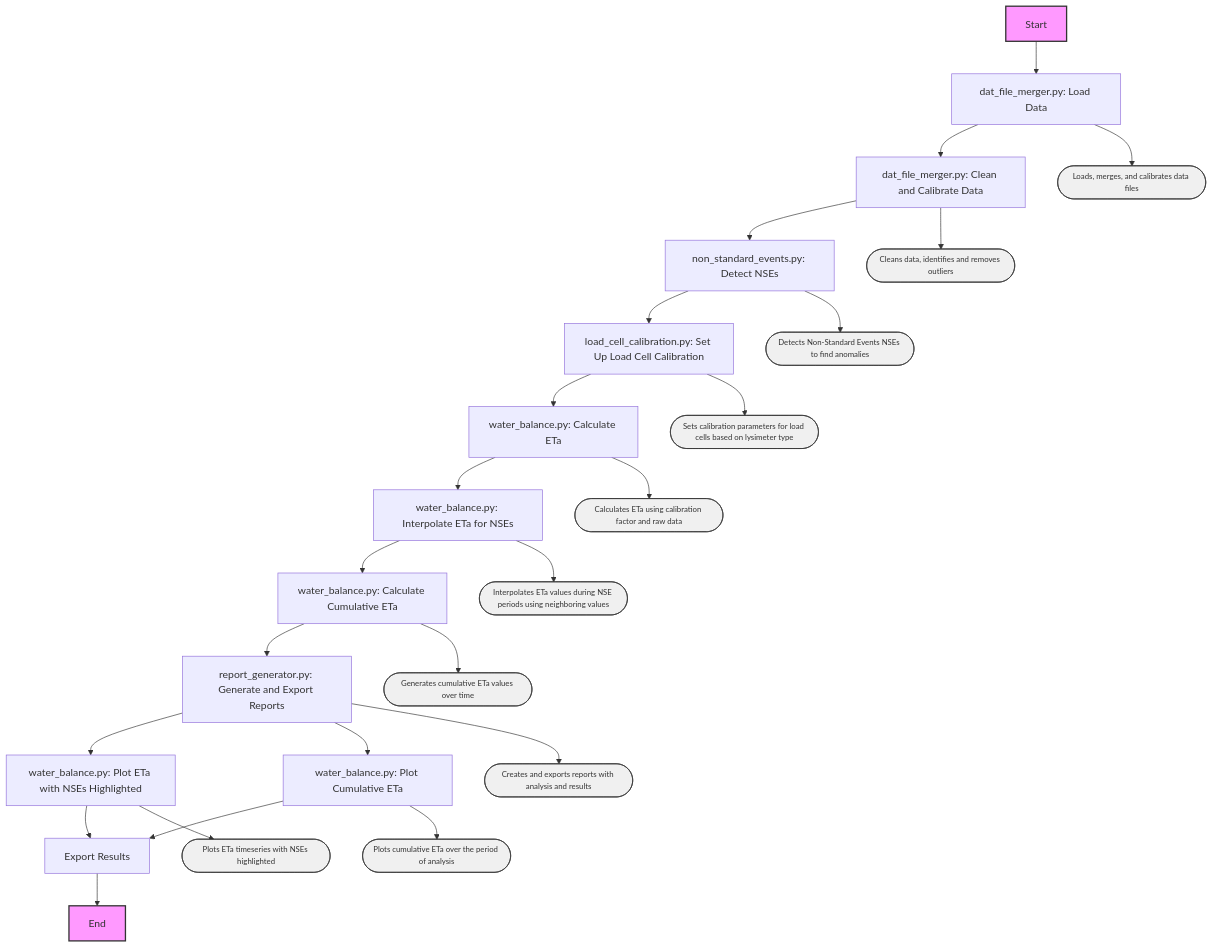
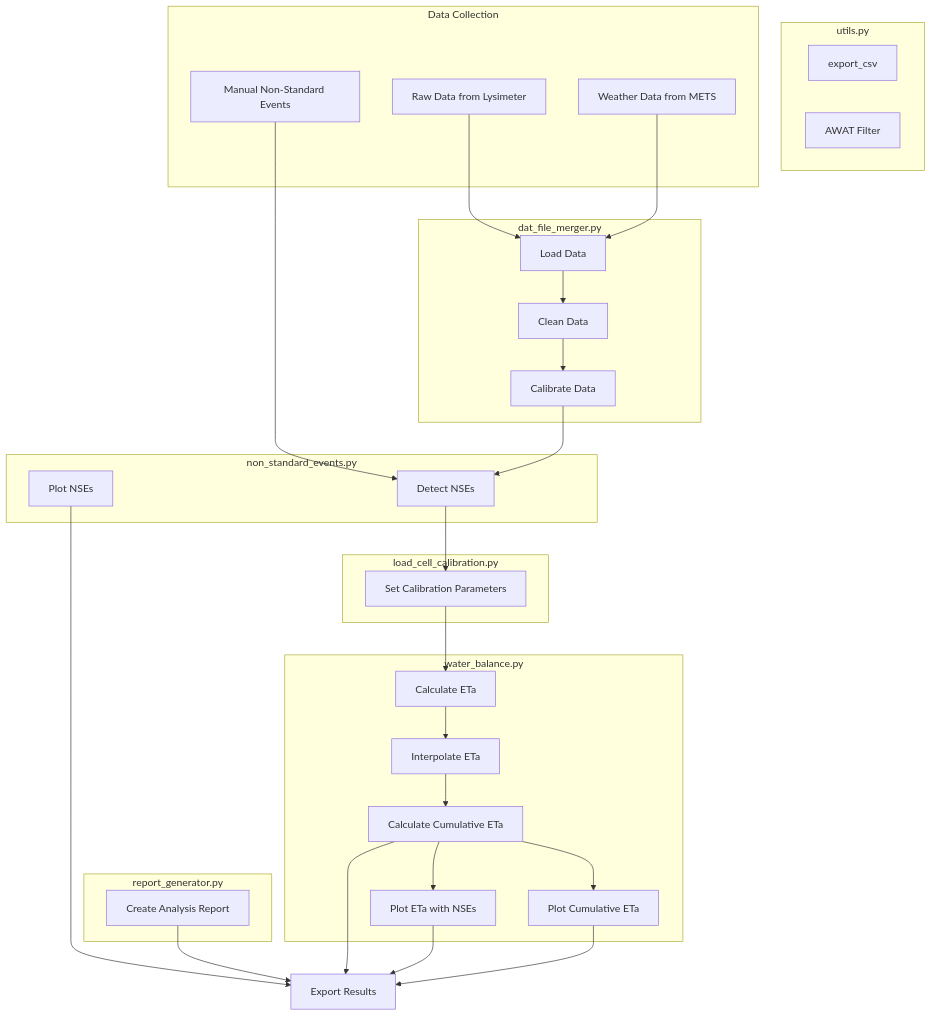
Before and after one commit to ansleybrown1337/lysimeter-analysis: the diagram in README.md, drawn with Mermaid.

Commit message:
updated flow chart

````diff
--- a/README.md
+++ b/README.md
@@ -18,35 +18,63 @@
 ```mermaid
 graph TD
-    %% Main Workflow
-    A[Start] --> B[dat_file_merger.py: Load Data]
-    B --> C[dat_file_merger.py: Clean and Calibrate Data]
-    C --> D[non_standard_events.py: Detect NSEs]
-    D --> E[load_cell_calibration.py: Set Up Load Cell Calibration]
-    E --> F[water_balance.py: Calculate ETa]
-    F --> G[water_balance.py: Interpolate ETa for NSEs]
-    G --> H[water_balance.py: Calculate Cumulative ETa]
-    H --> I[report_generator.py: Generate and Export Reports]
-    I --> J[water_balance.py: Plot ETa with NSEs Highlighted]
-    I --> K[water_balance.py: Plot Cumulative ETa]
-    K --> L[Export Results]
-    J --> L
-    L --> M[End]
+    %% Define subgraph for data collection
+    subgraph 1[Data Collection]
+    lysimeter[Raw Data from Lysimeter]
+    weather[Weather Data from METS]
+    nse[Manual Non-Standard Events]
+    end
 
-    %% Additional Information Integrated
-    B --> B1([Loads, merges, and calibrates data files]):::info
-    C --> C1([Cleans data, identifies and removes outliers]):::info
-    D --> D1([Detects Non-Standard Events NSEs to find anomalies]):::info
-    E --> E1([Sets calibration parameters for load cells based on lysimeter type]):::info
-    F --> F1([Calculates ETa using calibration factor and raw data]):::info
-    G --> G1([Interpolates ETa values during NSE periods using neighboring values]):::info
-    H --> H1([Generates cumulative ETa values over time]):::info
-    I --> I1([Creates and exports reports with analysis and results]):::info
-    J --> J1([Plots ETa timeseries with NSEs highlighted]):::info
-    K --> K1([Plots cumulative ETa over the period of analysis]):::info
+    %% Define subgraph for utils.py
+    subgraph 2[utils.py]
+    2A[export_csv]
+    2B[AWAT Filter]
+    end
 
-    %% Styles
-    classDef info fill:#f0f0f0,stroke:#333,stroke-width:1px,font-size:12px;
-    style A fill:#f9f,stroke:#333,stroke-width:2px;
-    style M fill:#f9f,stroke:#333,stroke-width:2px;
+    %% Define subgraph for dat_file_merger.py
+    subgraph A[dat_file_merger.py]
+    A1[Load Data]
+    A2[Clean Data]
+    A3[Calibrate Data]
+    end
+
+    %% Define subgraph for non_standard_events.py
+    subgraph B[non_standard_events.py]
+    B1[Detect NSEs]
+    B2[Plot NSEs]
+    end
+
+    %% Define subgraph for load_cell_calibration.py
+    subgraph C[load_cell_calibration.py]
+    C1[Set Calibration Parameters]
+    end
+
+    %% Define subgraph for water_balance.py
+    subgraph D[water_balance.py]
+    D1[Calculate ETa]
+    D2[Interpolate ETa]
+    D3[Calculate Cumulative ETa]
+    D4[Plot ETa with NSEs]
+    D5[Plot Cumulative ETa]
+    end
+
+    %% Define subgraph for report_generator.py
+    subgraph E[report_generator.py]
+    E1[Create Analysis Report]
+    end
+
+    %% Define the flow between the functions
+    lysimeter --> A1
+    weather --> A1
+    nse --> B1
+    A1 --> A2 --> A3 --> B1 --> C1 --> D1 --> D2 --> D3
+    D3 --> D4 
+    D3 --> D5
+
+    %% Final export of results
+    B2 --> F[Export Results]
+    E1 --> F[Export Results]
+    D3 --> F[Export Results]
+    D4 --> F[Export Results]
+    D5 --> F[Export Results]
 
 ```
````
